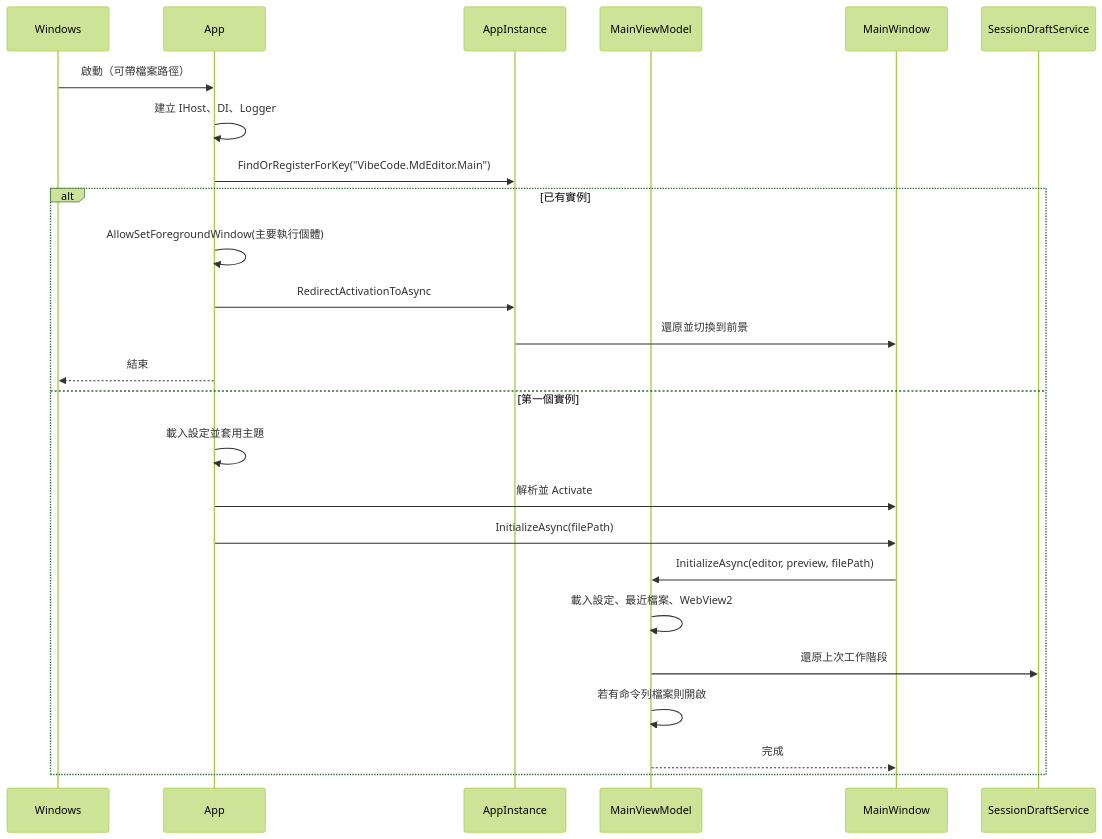
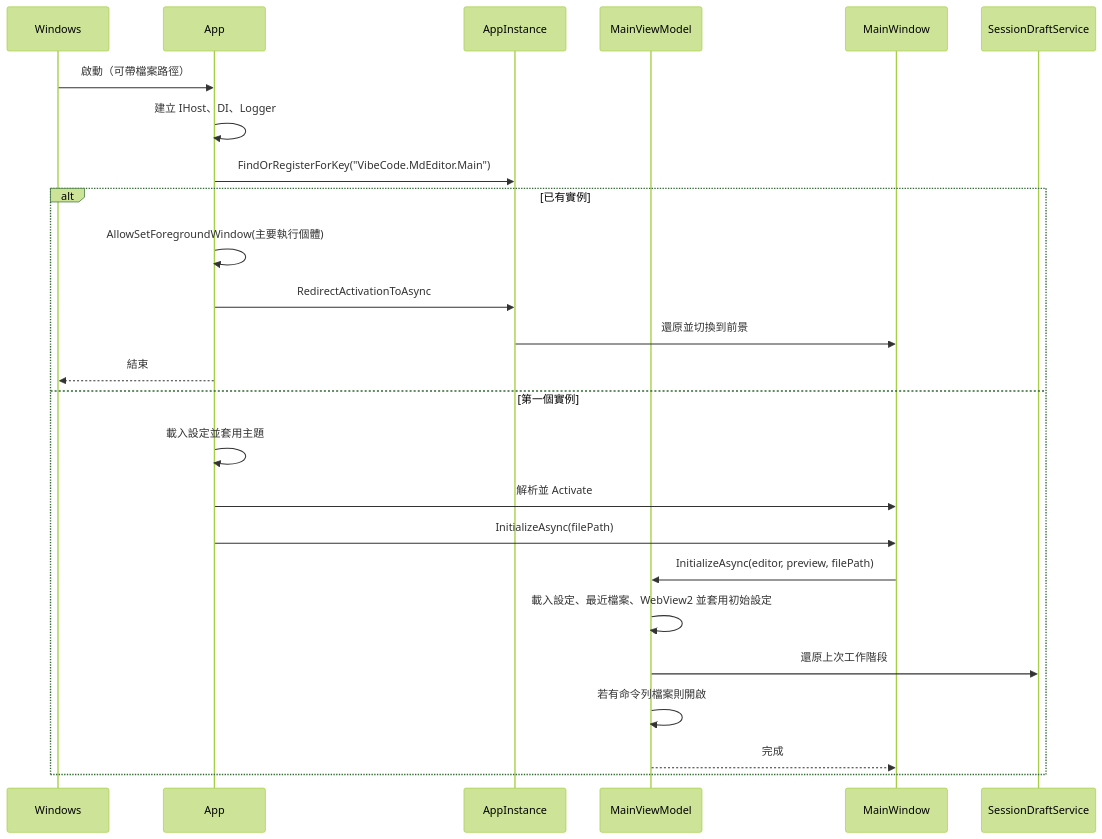
Before and after one commit to mark216tw/win-mdeditor-01: the second of 6 diagrams in docs/系統架構.md, drawn with Mermaid (forest theme). The commit also changed other lines of this file and 44 other files, not shown here.

````diff
--- a/docs/系統架構.md
+++ b/docs/系統架構.md
@@ -92,28 +92,28 @@
 ```mermaid
 sequenceDiagram
     participant OS as Windows
     participant App as App
     participant AI as AppInstance
     participant VM as MainViewModel
     participant MW as MainWindow
     participant Draft as SessionDraftService
 
     OS->>App: 啟動（可帶檔案路徑）
     App->>App: 建立 IHost、DI、Logger
     App->>AI: FindOrRegisterForKey("VibeCode.MdEditor.Main")
     alt 已有實例
         App->>App: AllowSetForegroundWindow(主要執行個體)
         App->>AI: RedirectActivationToAsync
         AI->>MW: 還原並切換到前景
         App-->>OS: 結束
     else 第一個實例
         App->>App: 載入設定並套用主題
         App->>MW: 解析並 Activate
         App->>MW: InitializeAsync(filePath)
         MW->>VM: InitializeAsync(editor, preview, filePath)
-        VM->>VM: 載入設定、最近檔案、WebView2
+        VM->>VM: 載入設定、最近檔案、WebView2 並套用初始設定
         VM->>Draft: 還原上次工作階段
         VM->>VM: 若有命令列檔案則開啟
         VM-->>MW: 完成
     end
 ```
````
